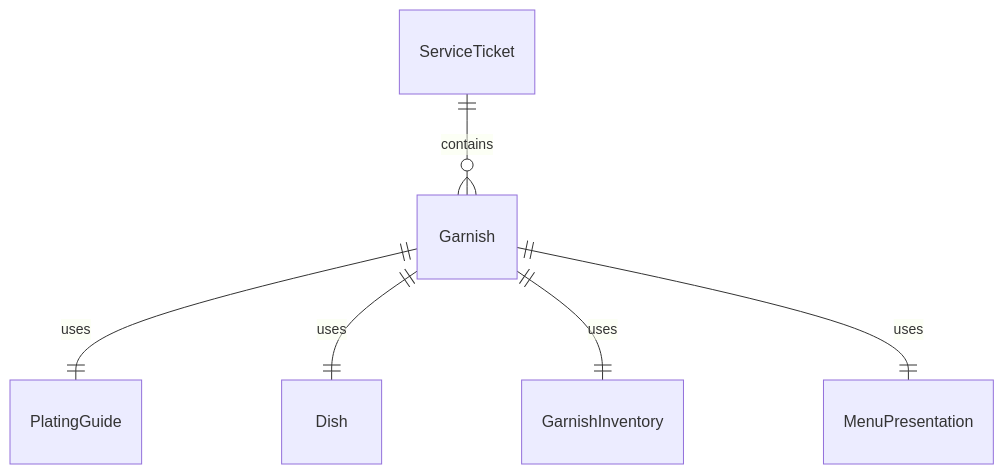
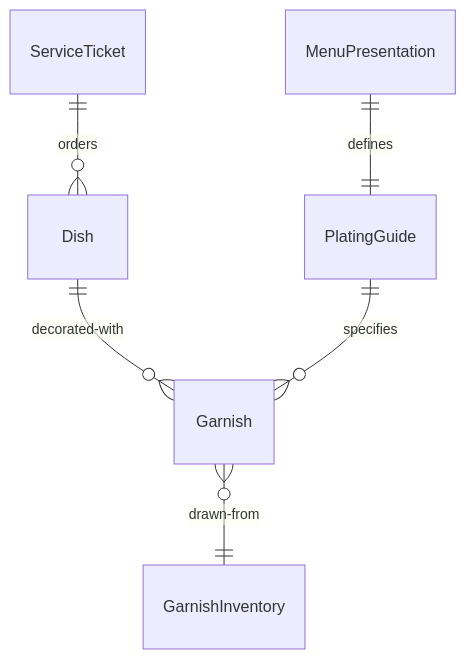
Before and after one commit to dot-org-ai/tasks.org.ai: the first of 4 diagrams in HandlingAndMovingObjects/PrepareFoodsOrBeverages/AddGarnishesFood.mdx, drawn with Mermaid. The commit also changed other lines of this file and 515 other files, not shown here.

````diff
--- a/HandlingAndMovingObjects/PrepareFoodsOrBeverages/AddGarnishesFood.mdx
+++ b/HandlingAndMovingObjects/PrepareFoodsOrBeverages/AddGarnishesFood.mdx
@@ -85,8 +85,8 @@
 ```mermaid
 erDiagram
-    Garnish ||--|| PlatingGuide : "uses"
-    Garnish ||--|| Dish : "uses"
-    Garnish ||--|| GarnishInventory : "uses"
-    Garnish ||--|| MenuPresentation : "uses"
-    ServiceTicket ||--o{ Garnish : "contains"
+    ServiceTicket ||--o{ Dish : "orders"
+    Dish ||--o{ Garnish : "decorated-with"
+    MenuPresentation ||--|| PlatingGuide : "defines"
+    Garnish }o--|| GarnishInventory : "drawn-from"
+    PlatingGuide ||--o{ Garnish : "specifies"
 ```
````
